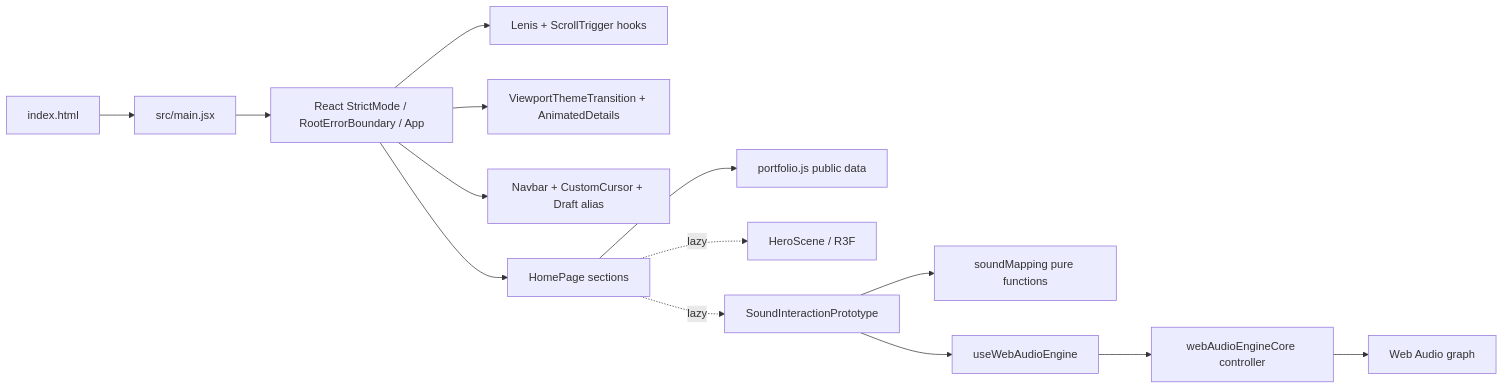
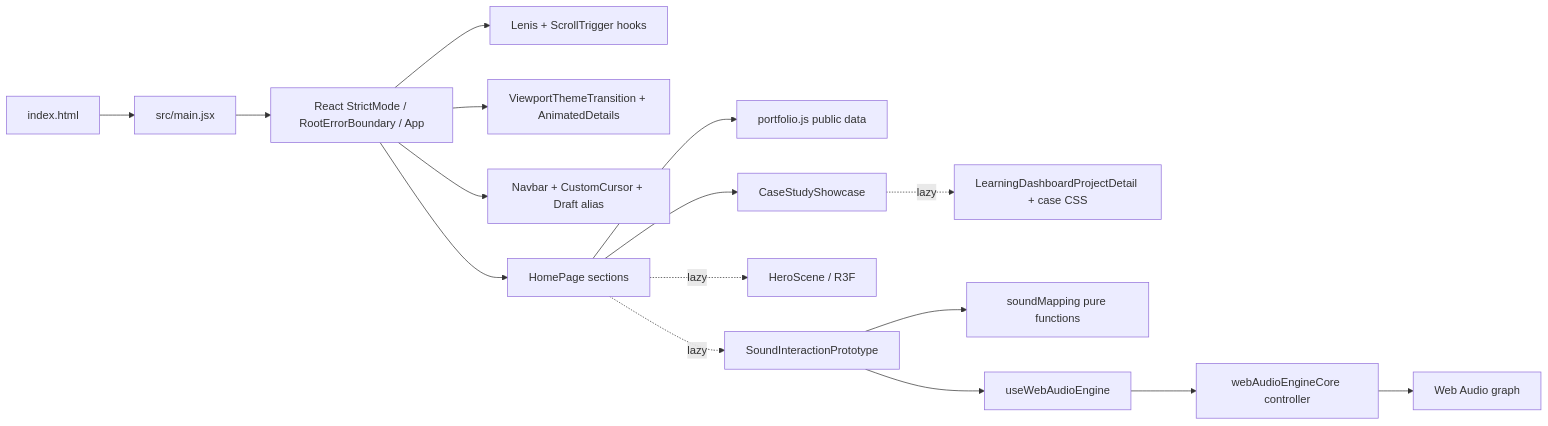
The first of 2 diagrams in docs/website/TECHNICAL_ARCHITECTURE.md (Ruyuang0509/ruyuang-portfolio), drawn with Mermaid before and after one commit. The commit also changed other lines of this file and 12 other files, not shown here.

````diff
--- a/docs/website/TECHNICAL_ARCHITECTURE.md
+++ b/docs/website/TECHNICAL_ARCHITECTURE.md
@@ -27,16 +27,18 @@
 ```mermaid
 flowchart LR
   A["index.html"] --> B["src/main.jsx"]
   B --> C["React StrictMode / RootErrorBoundary / App"]
   C --> D["Lenis + ScrollTrigger hooks"]
   C --> N["ViewportThemeTransition + AnimatedDetails"]
   C --> E["Navbar + CustomCursor + Draft alias"]
   C --> F["HomePage sections"]
   F --> G["portfolio.js public data"]
+  F --> O["CaseStudyShowcase"]
+  O -. lazy .-> P["LearningDashboardProjectDetail + case CSS"]
   F -. lazy .-> H["HeroScene / R3F"]
   F -. lazy .-> I["SoundInteractionPrototype"]
   I --> J["soundMapping pure functions"]
   I --> K["useWebAudioEngine"]
   K --> L["webAudioEngineCore controller"]
   L --> M["Web Audio graph"]
 ```
````
